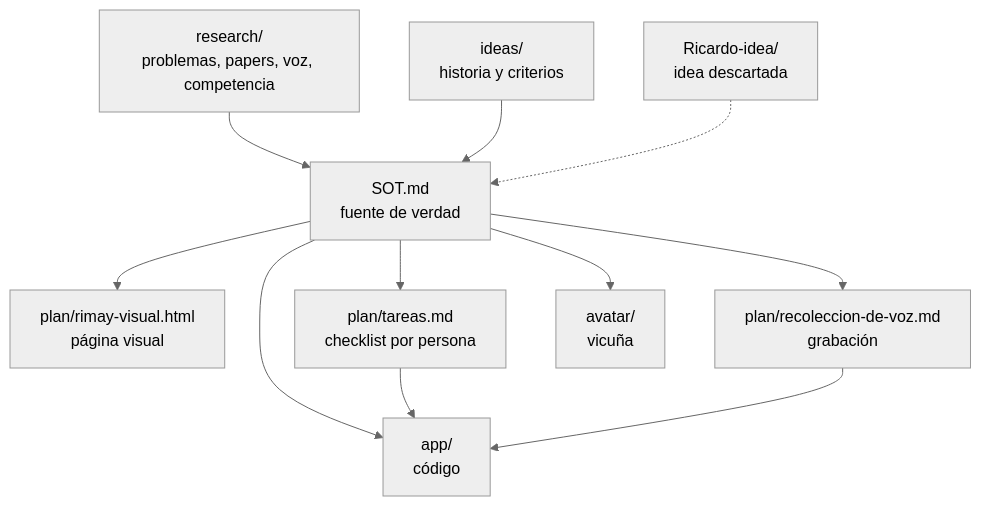
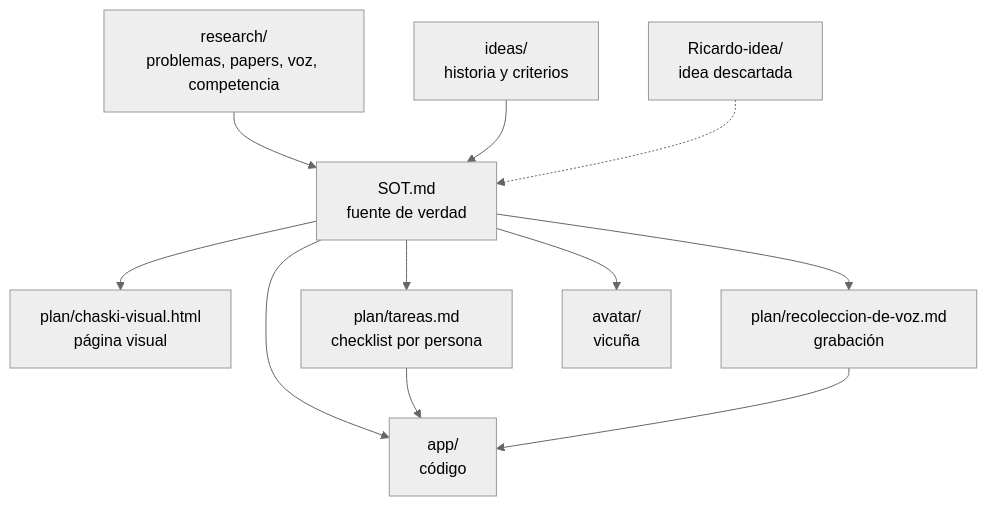
Before and after one commit to Freddyx14/chaski: the diagram in SOT.md, drawn with Mermaid (neutral theme). The commit also changed other lines of this file and 39 other files, not shown here.

First line of the commit message:
refactor: the product is Chaski, not Rimay (D30)

````diff
--- a/SOT.md
+++ b/SOT.md
@@ -328,13 +330,13 @@
 ```mermaid
 graph TD
-  SOT[SOT.md<br/>fuente de verdad] --> VIS[plan/rimay-visual.html<br/>página visual]
+  SOT[SOT.md<br/>fuente de verdad] --> VIS[plan/chaski-visual.html<br/>página visual]
   SOT --> TAR[plan/tareas.md<br/>checklist por persona]
   SOT --> REC[plan/recoleccion-de-voz.md<br/>grabación]
   SOT --> APP[app/<br/>código]
   SOT --> AV[avatar/<br/>vicuña]
   RES[research/<br/>problemas, papers, voz, competencia] --> SOT
   IDE[ideas/<br/>historia y criterios] --> SOT
   RIC[Ricardo-idea/<br/>idea descartada] -.-> SOT
   TAR --> APP
   REC --> APP
 ```
````
